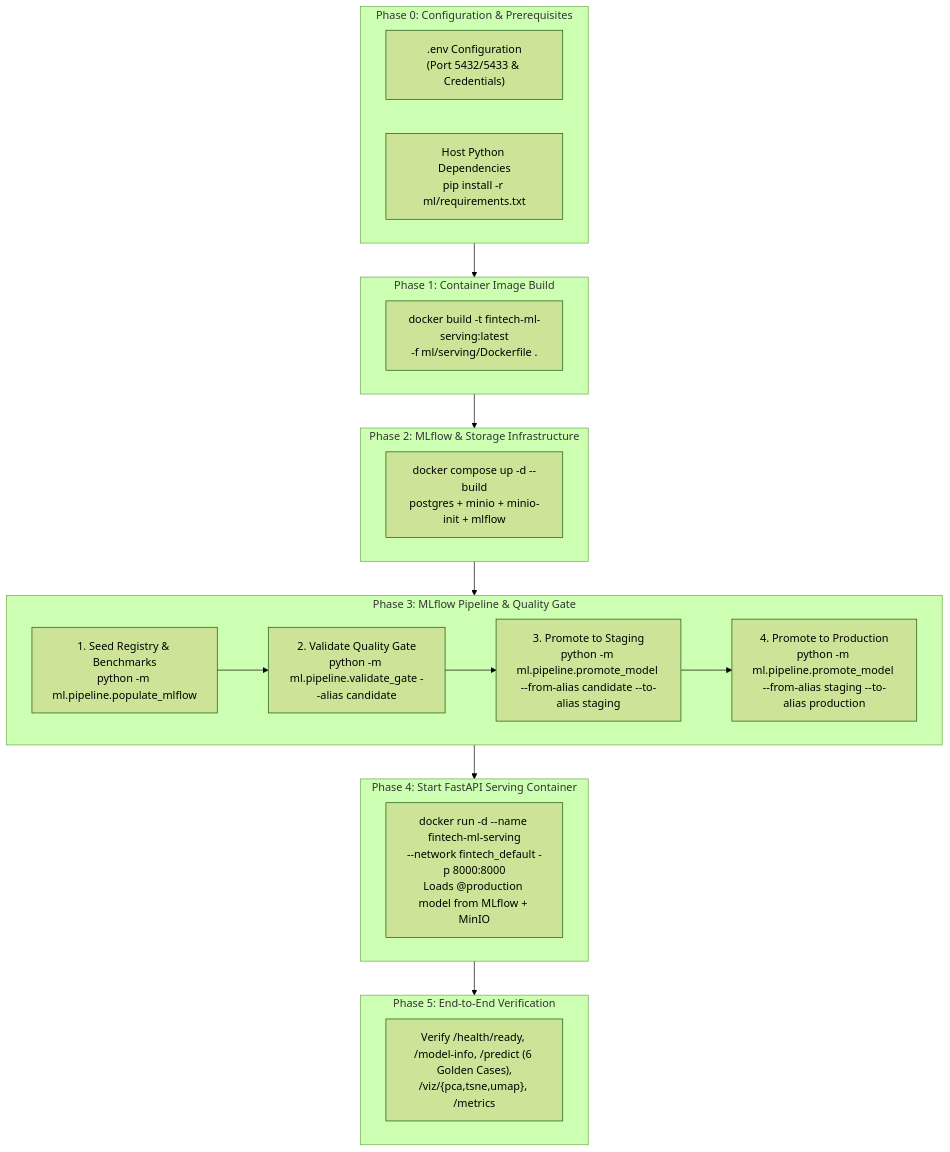
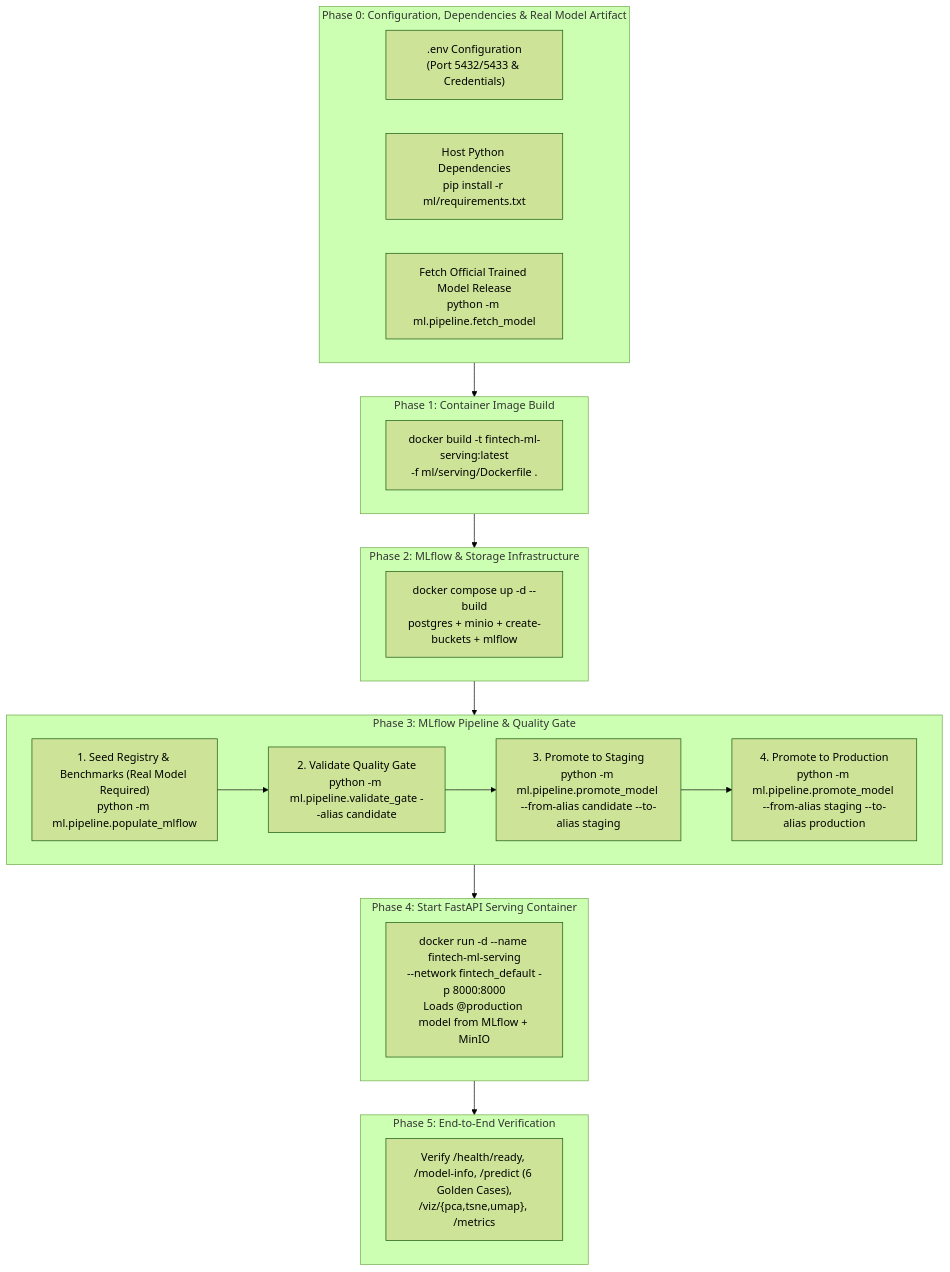
Before and after one commit to Oubay-S/fintech-mlops-platform: the diagram in docs/mlops-serving-runbook.md, drawn with Mermaid (forest theme). The commit also changed other lines of this file and 8 other files, not shown here.

````diff
--- a/docs/mlops-serving-runbook.md
+++ b/docs/mlops-serving-runbook.md
@@ -15,33 +15,34 @@
 ```mermaid
 flowchart TD
-    subgraph P0["Phase 0: Configuration & Prerequisites"]
+    subgraph P0["Phase 0: Configuration, Dependencies & Real Model Artifact"]
         ENV[".env Configuration<br/>(Port 5432/5433 & Credentials)"]
         DEPS["Host Python Dependencies<br/>pip install -r ml/requirements.txt"]
+        MODEL["Fetch Official Trained Model Release<br/>python -m ml.pipeline.fetch_model"]
     end
 
     subgraph P1["Phase 1: Container Image Build"]
         BUILD["docker build -t fintech-ml-serving:latest<br/>-f ml/serving/Dockerfile ."]
     end
 
     subgraph P2["Phase 2: MLflow & Storage Infrastructure"]
-        INFRA["docker compose up -d --build<br/>postgres + minio + minio-init + mlflow"]
+        INFRA["docker compose up -d --build<br/>postgres + minio + create-buckets + mlflow"]
     end
 
     subgraph P3["Phase 3: MLflow Pipeline & Quality Gate"]
-        POP["1. Seed Registry & Benchmarks<br/>python -m ml.pipeline.populate_mlflow"]
+        POP["1. Seed Registry & Benchmarks (Real Model Required)<br/>python -m ml.pipeline.populate_mlflow"]
         GATE["2. Validate Quality Gate<br/>python -m ml.pipeline.validate_gate --alias candidate"]
         PROM1["3. Promote to Staging<br/>python -m ml.pipeline.promote_model --from-alias candidate --to-alias staging"]
         PROM2["4. Promote to Production<br/>python -m ml.pipeline.promote_model --from-alias staging --to-alias production"]
         POP --> GATE --> PROM1 --> PROM2
     end
 
     subgraph P4["Phase 4: Start FastAPI Serving Container"]
         SERVE["docker run -d --name fintech-ml-serving<br/>--network fintech_default -p 8000:8000<br/>Loads @production model from MLflow + MinIO"]
     end
 
     subgraph P5["Phase 5: End-to-End Verification"]
         VERIFY["Verify /health/ready, /model-info, /predict (6 Golden Cases),<br/>/viz/{pca,tsne,umap}, /metrics"]
     end
 
     P0 --> P1 --> P2 --> P3 --> P4 --> P5
 ```
````
